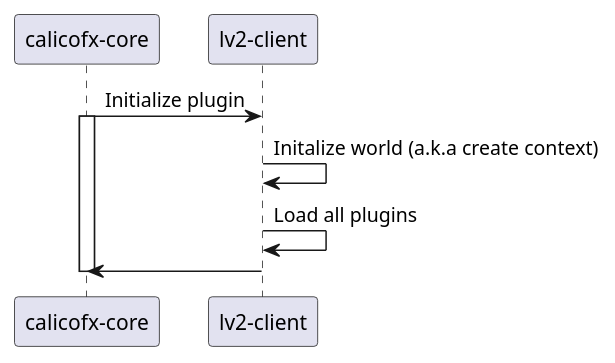
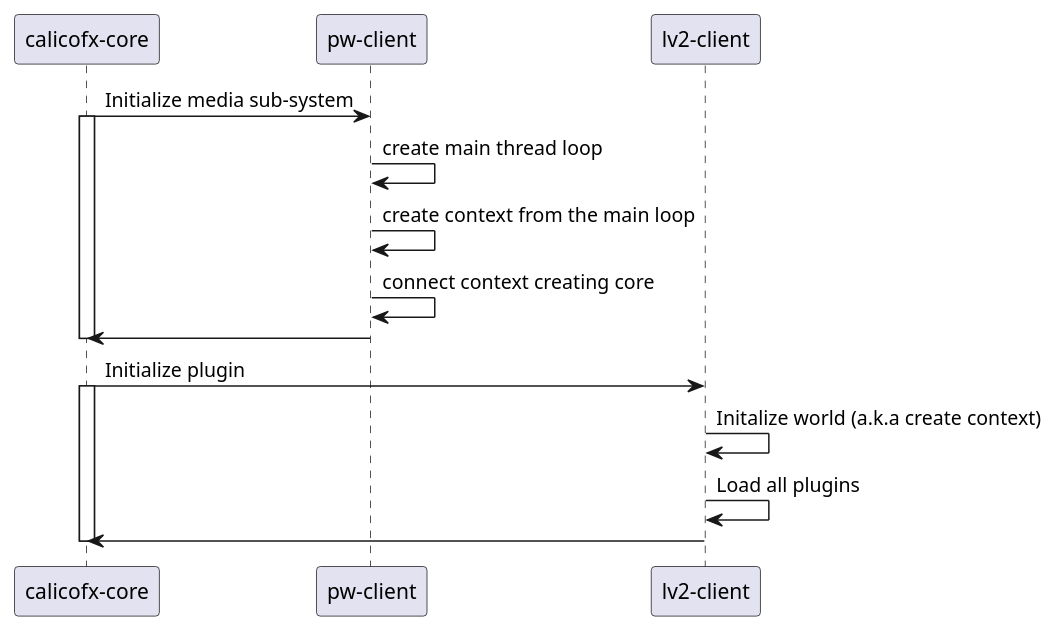
Before and after one commit to abhimanyu-g/calicofx-core: the eighth of 10 diagrams in doc/design.org, drawn with PlantUML. The commit also changed other lines of this file, not shown here.

Commit message:
[doc] Private main loop to Shared main loop
In order to reduce complexities, I moved a shared loop design I.e, one
main loop per pw_client to a common main loop that would be shared
with all the dynamically created pw_clients.
Added some more documentation on subject

```diff
--- a/doc/design.org
+++ b/doc/design.org
@@ -178,13 +184,21 @@
 #+begin_src plantuml :file /tmp/calicofx-initialization.png :exports results
   @startuml
   participant "calicofx-core" as core
+  participant "pw-client" as pw
   participant "lv2-client" as lv2
 
+  core->pw:Initialize media sub-system
+  activate core
+        pw->pw:create main thread loop
+        pw->pw:create context from the main loop
+        pw->pw:connect context creating core
+        pw->core
+  deactivate core
   core->lv2:Initialize plugin
   activate core
         lv2->lv2:Initalize world (a.k.a create context)
         lv2->lv2:Load all plugins
         lv2->core
   deactivate core
   @enduml
 #+end_src
```
